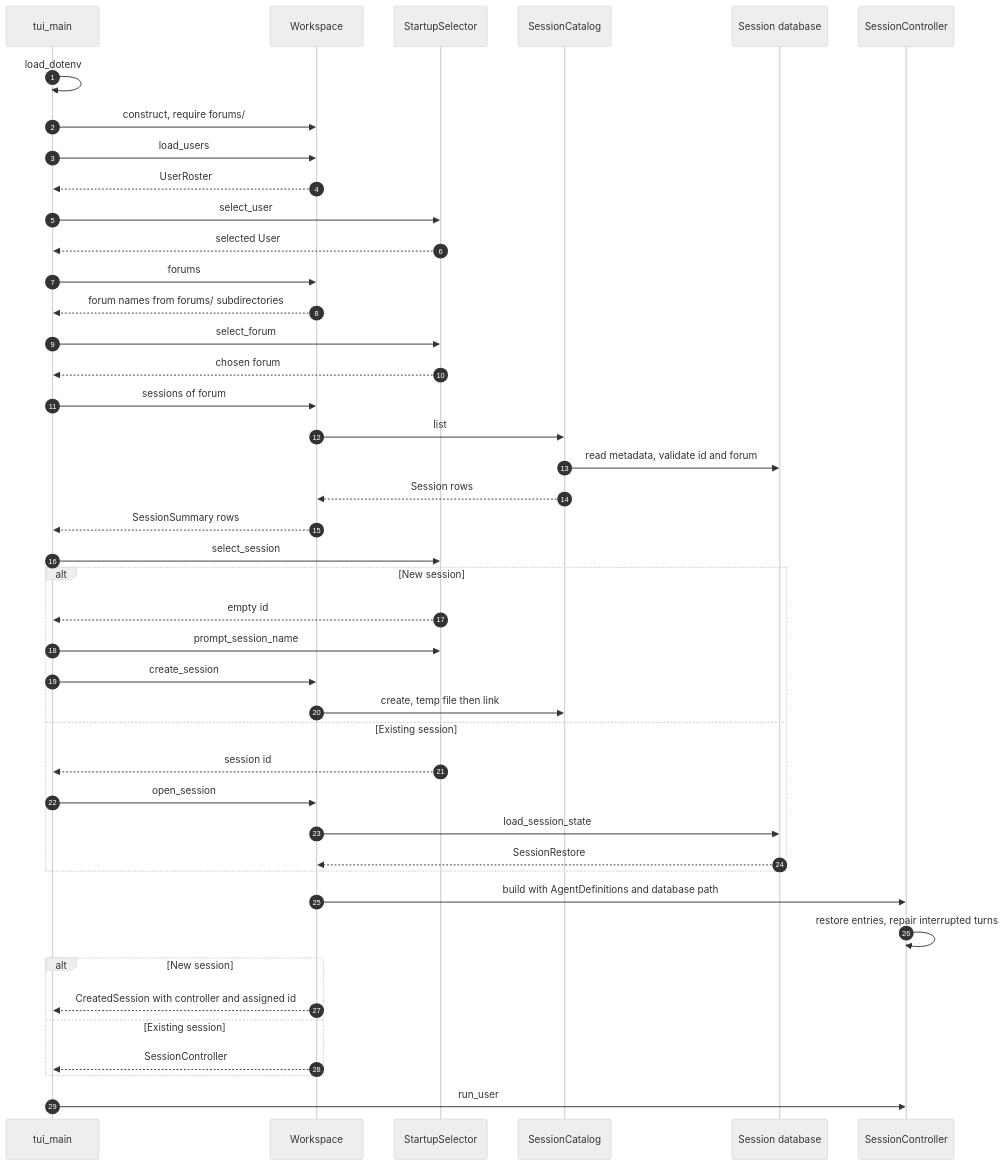
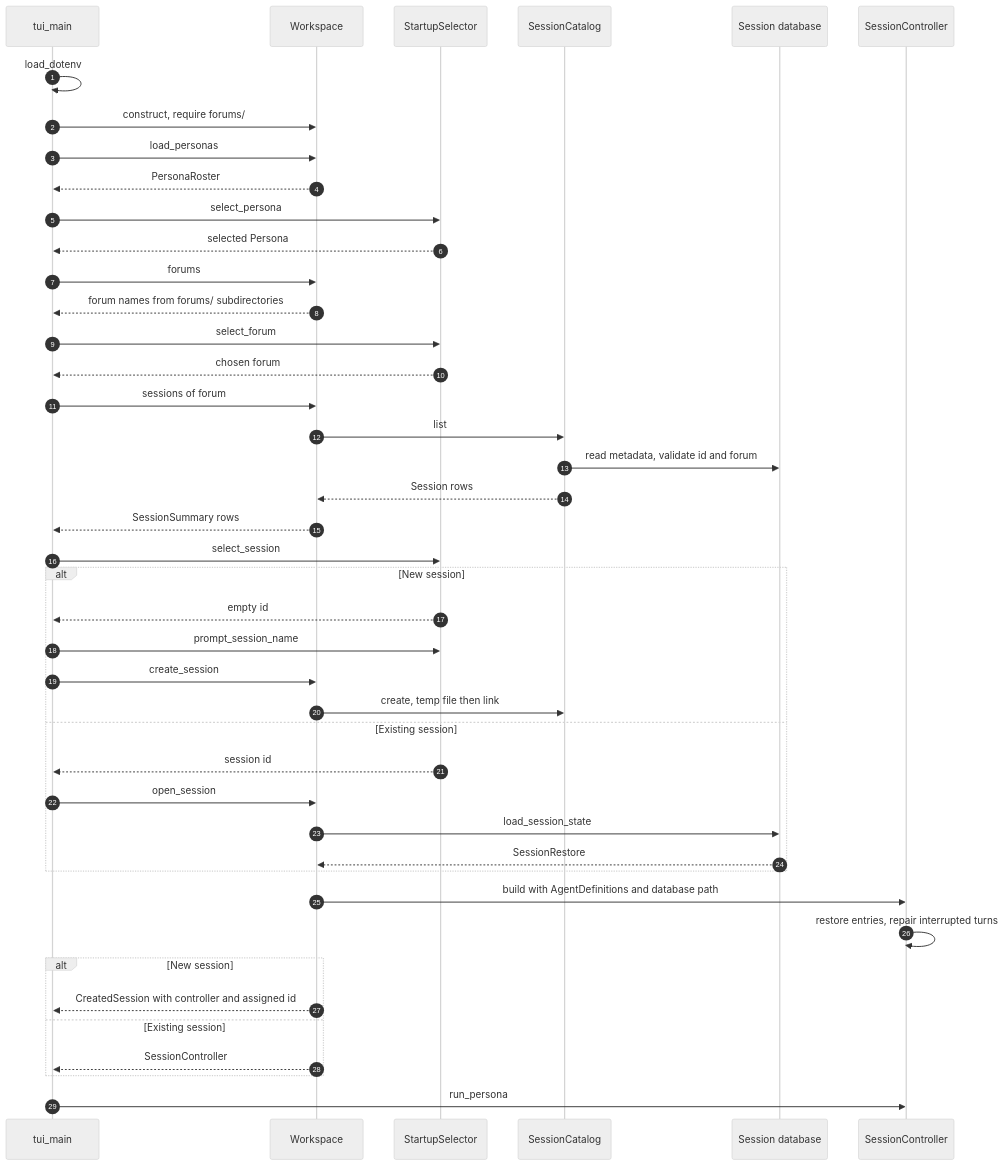
The second of 4 diagrams in src/README.md (michaelpopov/cha), drawn with Mermaid (neutral theme) before and after one commit. The commit also changed other lines of this file and 117 other files, not shown here.

````diff
--- a/src/README.md
+++ b/src/README.md
@@ -188,46 +188,46 @@
 ```mermaid
 sequenceDiagram
     autonumber
     participant main as tui_main
     participant ws as Workspace
     participant sel as StartupSelector
     participant cat as SessionCatalog
     participant db as Session database
     participant controller as SessionController
 
     main->>main: load_dotenv
     main->>ws: construct, require forums/
-    main->>ws: load_users
-    ws-->>main: UserRoster
-    main->>sel: select_user
-    sel-->>main: selected User
+    main->>ws: load_personas
+    ws-->>main: PersonaRoster
+    main->>sel: select_persona
+    sel-->>main: selected Persona
     main->>ws: forums
     ws-->>main: forum names from forums/ subdirectories
     main->>sel: select_forum
     sel-->>main: chosen forum
     main->>ws: sessions of forum
     ws->>cat: list
     cat->>db: read metadata, validate id and forum
     cat-->>ws: Session rows
     ws-->>main: SessionSummary rows
     main->>sel: select_session
     alt New session
         sel-->>main: empty id
         main->>sel: prompt_session_name
         main->>ws: create_session
         ws->>cat: create, temp file then link
     else Existing session
         sel-->>main: session id
         main->>ws: open_session
         ws->>db: load_session_state
         db-->>ws: SessionRestore
     end
     ws->>controller: build with AgentDefinitions and database path
     controller->>controller: restore entries, repair interrupted turns
     alt New session
         ws-->>main: CreatedSession with controller and assigned id
     else Existing session
         ws-->>main: SessionController
     end
-    main->>controller: run_user
+    main->>controller: run_persona
 ```
````
